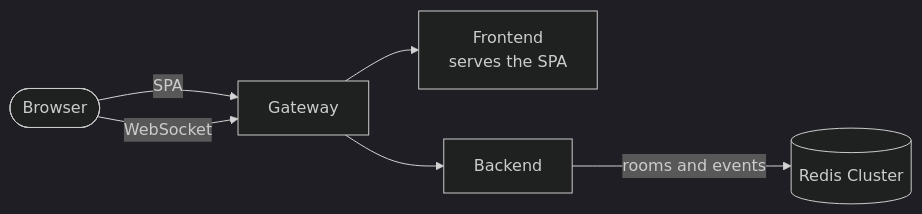
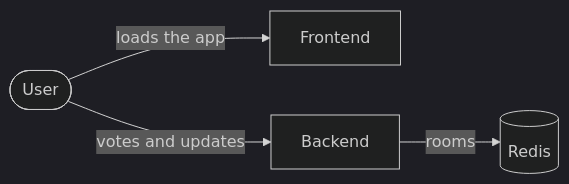
One commit to milesstoetzner/stoetzms-gradingpoker changed the diagram in README.md. Above: the diagram before and after it, drawn with Mermaid (dark theme). The commit also changed other lines of this file, not shown here.

Commit message:
Tighten the README features, usage and architecture (#53)

````diff
--- a/README.md
+++ b/README.md
@@ -36,14 +34,11 @@
 ```mermaid
 flowchart LR
-    browser([Browser])
-    gateway[Gateway]
-    frontend[Frontend<br/>serves the SPA]
+    user([User])
+    frontend[Frontend]
     backend[Backend]
-    redis[(Redis Cluster)]
+    redis[(Redis)]
 
-    browser -- SPA --> gateway
-    browser -- WebSocket --> gateway
-    gateway --> frontend
-    gateway --> backend
-    backend -- rooms and events --> redis
+    user -- loads the app --> frontend
+    user -- votes and updates --> backend
+    backend -- rooms --> redis
 ```
````
